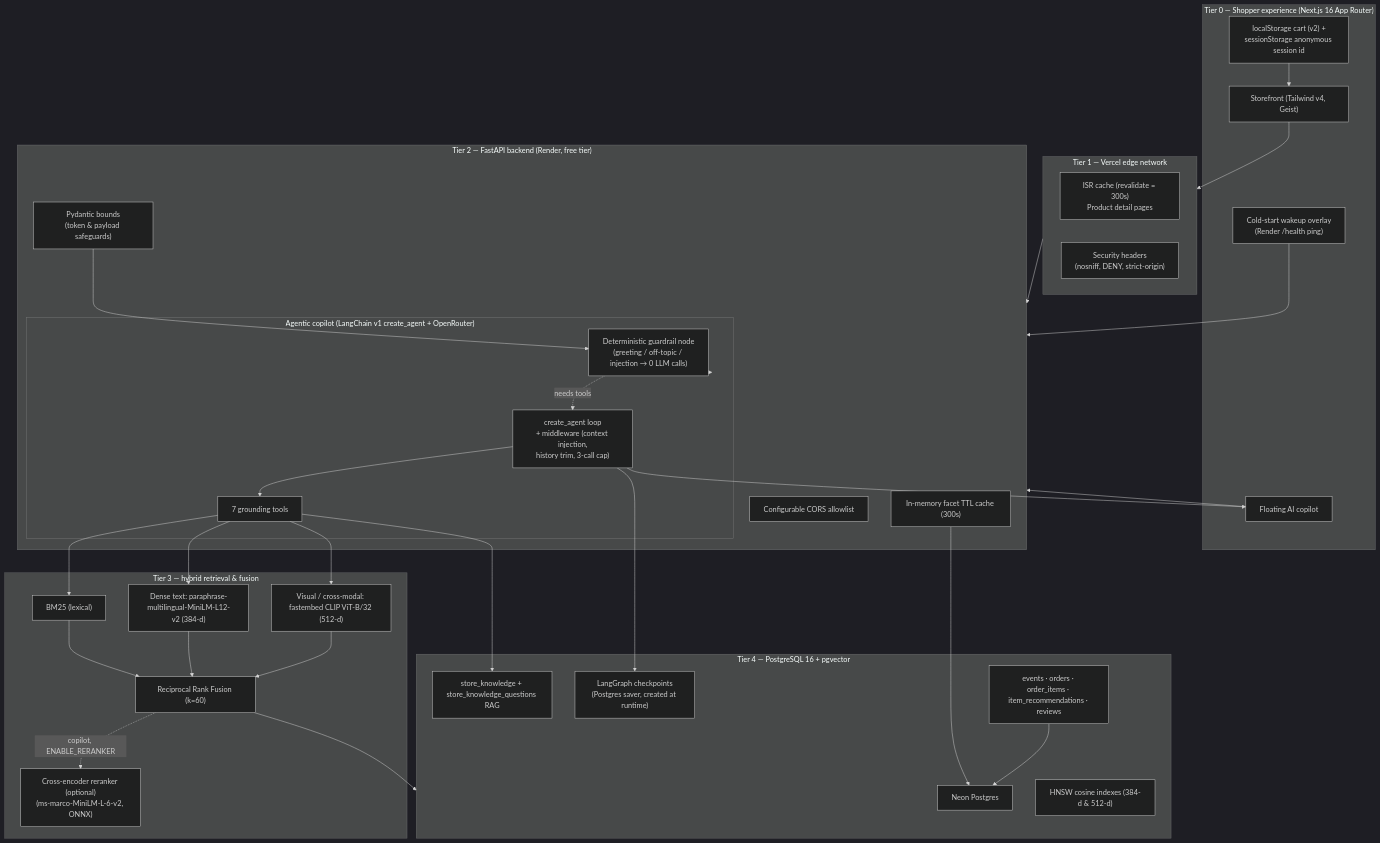
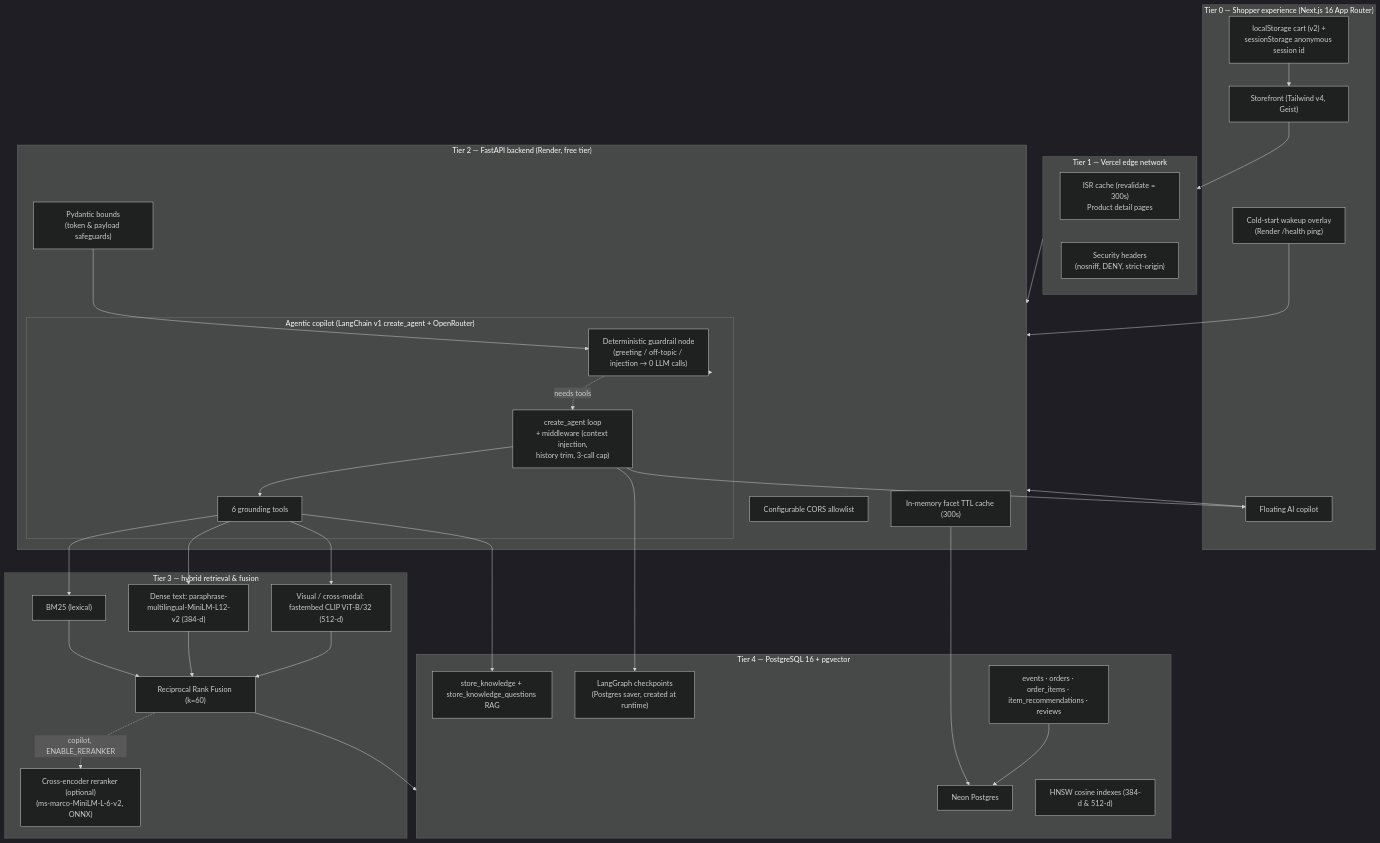
One commit to marknshoot/toko-marcell changed the first of 4 diagrams in README.md. Above: the diagram before and after it, drawn with Mermaid (dark theme). The commit also changed other lines of this file and 2 other files, not shown here.

````diff
--- a/README.md
+++ b/README.md
@@ -166,57 +199,57 @@
 ```mermaid
 flowchart TD
     subgraph Client["Tier 0 — Shopper experience (Next.js 16 App Router)"]
         UI["Storefront (Tailwind v4, Geist)"]
         Chat["Floating AI copilot"]
         Wakeup["Cold-start wakeup overlay<br/>(Render /health ping)"]
         ClientState["localStorage cart (v2) +<br/>sessionStorage anonymous session id"]
     end
 
     subgraph Edge["Tier 1 — Vercel edge network"]
         ISR["ISR cache (revalidate = 300s)<br/>Product detail pages"]
         Headers["Security headers<br/>(nosniff, DENY, strict-origin)"]
     end
 
     subgraph API["Tier 2 — FastAPI backend (Render, free tier)"]
         CORS["Configurable CORS allowlist"]
         Cache["In-memory facet TTL cache (300s)"]
         Val["Pydantic bounds<br/>(token & payload safeguards)"]
         subgraph Orchestration["Agentic copilot (LangChain v1 create_agent + OpenRouter)"]
             Guard["Deterministic guardrail node<br/>(greeting / off-topic / injection → 0 LLM calls)"]
             Agent["create_agent loop<br/>+ middleware (context injection,<br/>history trim, 3-call cap)"]
-            Tools7["7 grounding tools"]
+            Tools6["6 grounding tools"]
         end
     end
 
     subgraph Retrieval["Tier 3 — hybrid retrieval & fusion"]
         BM25["BM25 (lexical)"]
         MiniLM["Dense text: paraphrase-multilingual-MiniLM-L12-v2 (384-d)"]
         CLIP["Visual / cross-modal: fastembed CLIP ViT-B/32 (512-d)"]
         RRF["Reciprocal Rank Fusion (k=60)"]
         CE["Cross-encoder reranker (optional)<br/>(ms-marco-MiniLM-L-6-v2, ONNX)"]
     end
 
     subgraph Storage["Tier 4 — PostgreSQL 16 + pgvector"]
         PG["Neon Postgres"]
         HNSW["HNSW cosine indexes (384-d & 512-d)"]
         RAG["store_knowledge + store_knowledge_questions RAG"]
         Ckpt["LangGraph checkpoints<br/>(Postgres saver, created at runtime)"]
         Ops["events · orders · order_items · item_recommendations · reviews"]
     end
 
     UI --> Edge --> API
     Chat --> API
     Wakeup --> API
     ClientState --> UI
     API --> Guard
-    Guard -. "needs tools" .-> Agent --> Tools7
-    Tools7 --> BM25 & MiniLM & CLIP
+    Guard -. "needs tools" .-> Agent --> Tools6
+    Tools6 --> BM25 & MiniLM & CLIP
     BM25 & MiniLM & CLIP --> RRF --> Storage
     RRF -. "copilot, ENABLE_RERANKER" .-> CE
-    Tools7 --> RAG
+    Tools6 --> RAG
     Agent --> Ckpt
     Agent --> Chat
     Cache --> PG
     Val --> Guard
     Ops --> PG
 ```
````
